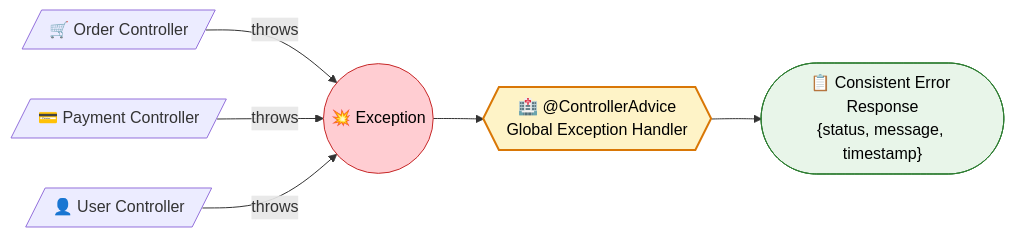
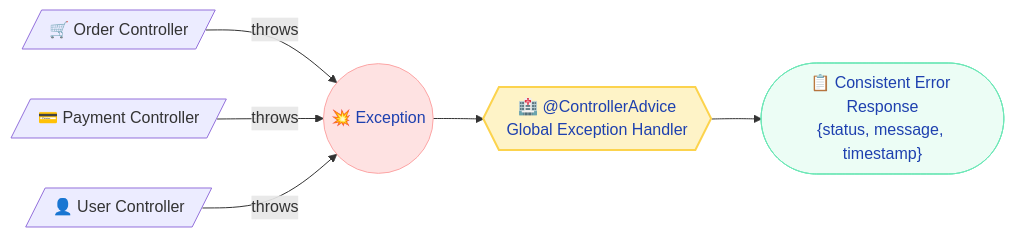
One commit to saivamsikaruturi/vamsilabs-dev-notes-main changed the first of 2 diagrams in docs/springboot/exceptionhandling.md. Above: the diagram before and after it, drawn with Mermaid. The commit also changed other lines of this file and 220 other files, not shown here.

First line of the commit message:
Add 50+ new Java/Spring Boot pages, rewrite CSS code blocks to Oracle style, fix all diagram colors

````diff
--- a/docs/springboot/exceptionhandling.md
+++ b/docs/springboot/exceptionhandling.md
@@ -10,12 +10,12 @@
 ```mermaid
 flowchart LR
     R1[/"🛒 Order Controller"/] -->|throws| E(("💥 Exception"))
     R2[/"💳 Payment Controller"/] -->|throws| E
     R3[/"👤 User Controller"/] -->|throws| E
     E --> CA{{"🏥 @ControllerAdvice<br/>Global Exception Handler"}}
     CA --> Res(["📋 Consistent Error Response<br/>{status, message, timestamp}"])
 
-    style CA fill:#FEF3C7,stroke:#D97706,stroke-width:2px,color:#000
-    style Res fill:#E8F5E9,stroke:#2E7D32,color:#000
-    style E fill:#FFCDD2,stroke:#C62828,color:#000
+    style CA fill:#FEF3C7,stroke:#FCD34D,stroke-width:2px,color:#1E40AF
+    style Res fill:#ECFDF5,stroke:#6EE7B7,color:#1E40AF
+    style E fill:#FEE2E2,stroke:#FCA5A5,color:#1E40AF
 ```
````
